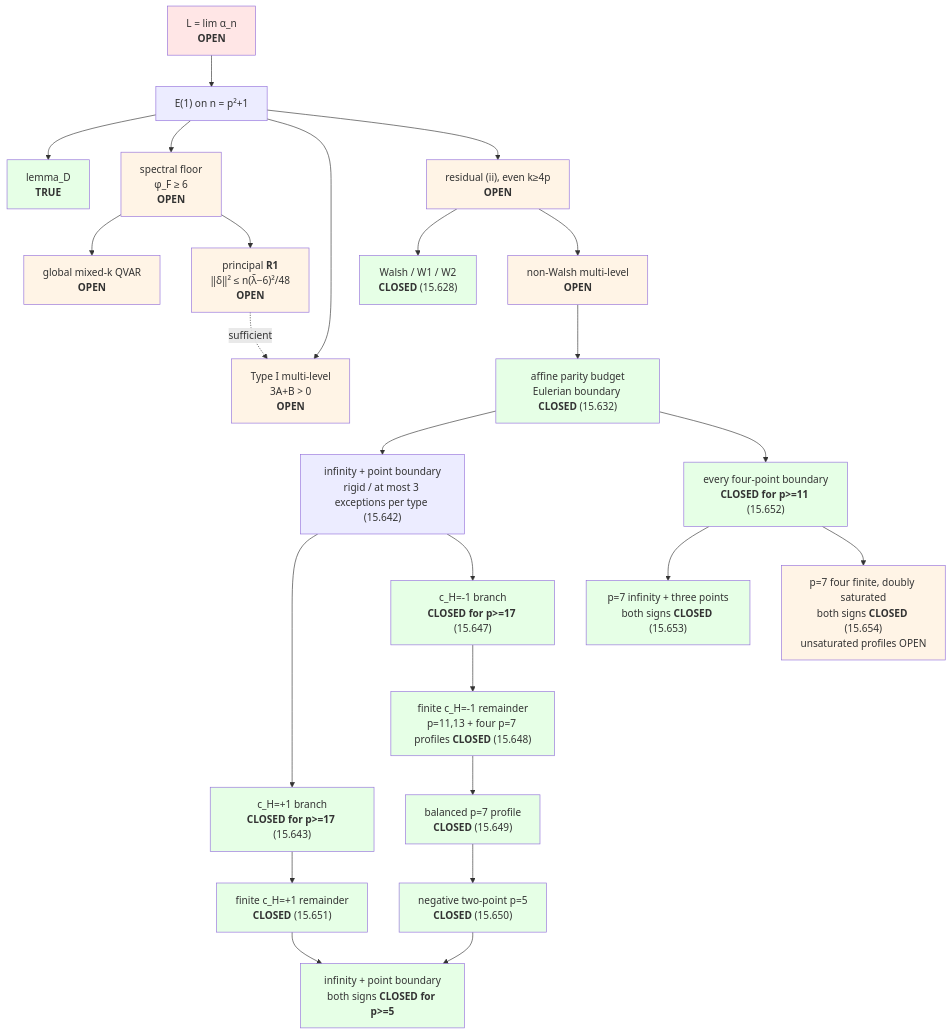
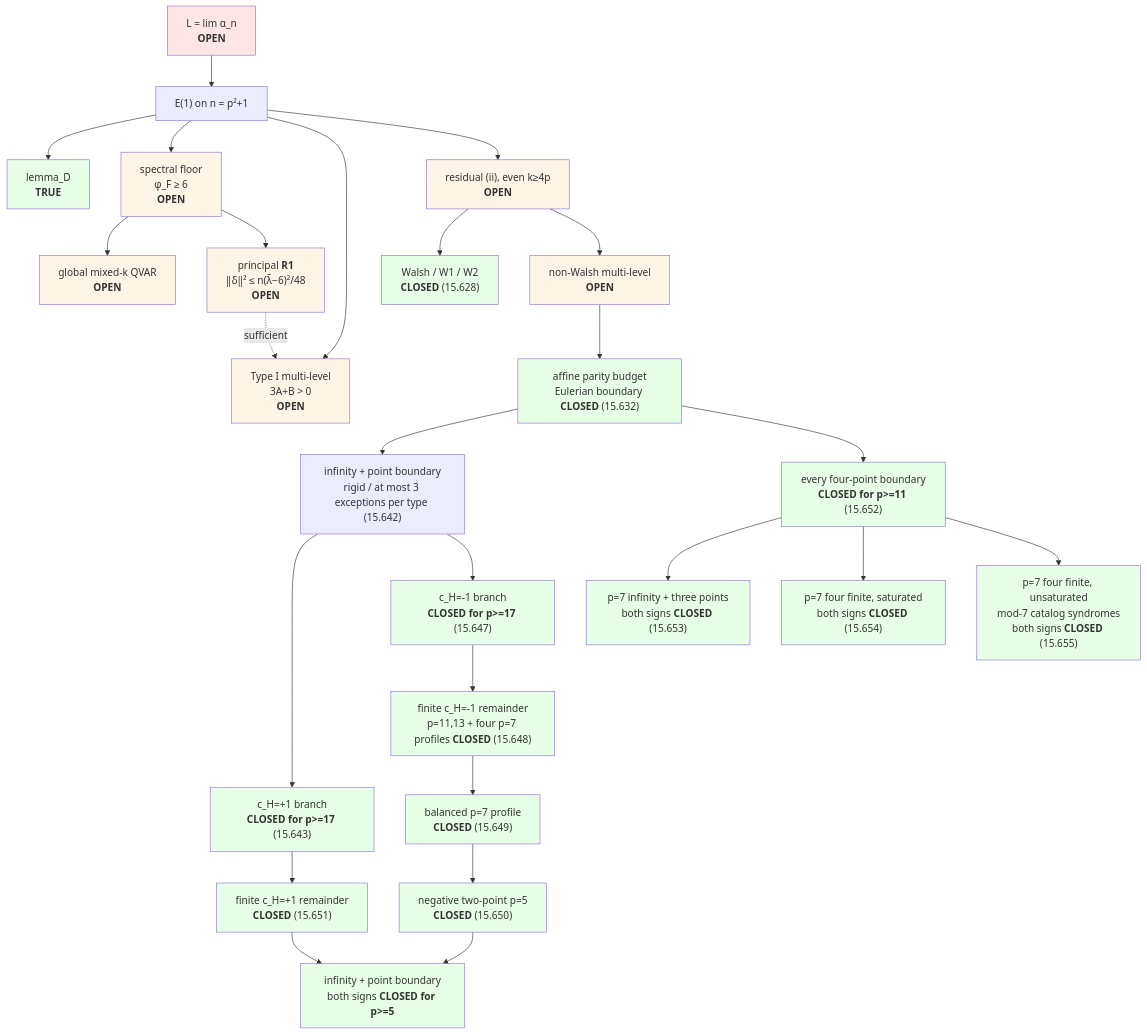
One commit to luckyseoul/quadratic-minmax-limit changed the diagram in README.md. Above: the diagram before and after it, drawn with Mermaid. The commit also changed other lines of this file and 18 other files, not shown here.

Commit message:
Prove Prop 15.655 via mod-seven catalog syndromes

````diff
--- a/README.md
+++ b/README.md
@@ -125,46 +129,48 @@
 ```mermaid
 graph TD
     L["L = lim α_n<br/><b>OPEN</b>"] --> E1["E(1) on n = p²+1"]
     E1 --> D["lemma_D<br/><b>TRUE</b>"]
     E1 --> FLOOR["spectral floor<br/>φ_F ≥ 6<br/><b>OPEN</b>"]
     FLOOR --> QVAR["global mixed-k QVAR<br/><b>OPEN</b>"]
     FLOOR --> R1["principal <b>R1</b><br/>‖δ‖² ≤ n(λ̄−6)²/48<br/><b>OPEN</b>"]
     E1 --> TYPEI["Type I multi-level<br/>3A+B > 0<br/><b>OPEN</b>"]
     R1 -. sufficient .-> TYPEI
     E1 --> RES["residual (ii), even k≥4p<br/><b>OPEN</b>"]
     RES --> WALSH["Walsh / W1 / W2<br/><b>CLOSED</b> (15.628)"]
     RES --> MULTI["non-Walsh multi-level<br/><b>OPEN</b>"]
     MULTI --> BUDGET["affine parity budget<br/>Eulerian boundary <b>CLOSED</b> (15.632)"]
     BUDGET --> RIGID["infinity + point boundary<br/>rigid / at most 3 exceptions per type (15.642)"]
     RIGID --> POSKILL["c_H=+1 branch<br/><b>CLOSED for p>=17</b> (15.643)"]
     POSKILL --> POSFINITE["finite c_H=+1 remainder<br/><b>CLOSED</b> (15.651)"]
     RIGID --> NEGKILL["c_H=-1 branch<br/><b>CLOSED for p>=17</b> (15.647)"]
     NEGKILL --> NEGFINITE["finite c_H=-1 remainder<br/>p=11,13 + four p=7 profiles <b>CLOSED</b> (15.648)"]
     NEGFINITE --> P7BAL["balanced p=7 profile<br/><b>CLOSED</b> (15.649)"]
     P7BAL --> P5NEG["negative two-point p=5<br/><b>CLOSED</b> (15.650)"]
     POSFINITE --> TWOPT["infinity + point boundary<br/>both signs <b>CLOSED for p>=5</b>"]
     P5NEG --> TWOPT
     BUDGET --> FOUR["every four-point boundary<br/><b>CLOSED for p>=11</b> (15.652)"]
     FOUR --> P7INF["p=7 infinity + three points<br/>both signs <b>CLOSED</b> (15.653)"]
-    FOUR --> P7SAT["p=7 four finite, doubly saturated<br/>both signs <b>CLOSED</b> (15.654)<br/>unsaturated profiles OPEN"]
+    FOUR --> P7SAT["p=7 four finite, saturated<br/>both signs <b>CLOSED</b> (15.654)"]
+    FOUR --> P7MOD["p=7 four finite, unsaturated<br/>mod-7 catalog syndromes<br/>both signs <b>CLOSED</b> (15.655)"]
     style L fill:#ffe6e6
     style D fill:#e6ffe6
     style FLOOR fill:#fff4e6
     style QVAR fill:#fff4e6
     style R1 fill:#fff4e6
     style TYPEI fill:#fff4e6
     style RES fill:#fff4e6
     style WALSH fill:#e6ffe6
     style MULTI fill:#fff4e6
     style BUDGET fill:#e6ffe6
     style P7BAL fill:#e6ffe6
     style P5NEG fill:#e6ffe6
     style POSFINITE fill:#e6ffe6
     style FOUR fill:#e6ffe6
     style P7INF fill:#e6ffe6
-    style P7SAT fill:#fff4e6
+    style P7SAT fill:#e6ffe6
+    style P7MOD fill:#e6ffe6
     style TWOPT fill:#e6ffe6
     style POSKILL fill:#e6ffe6
     style NEGKILL fill:#e6ffe6
     style NEGFINITE fill:#e6ffe6
 ```
````
